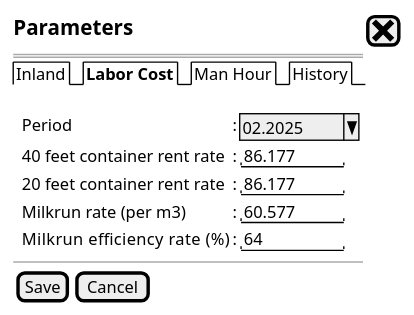
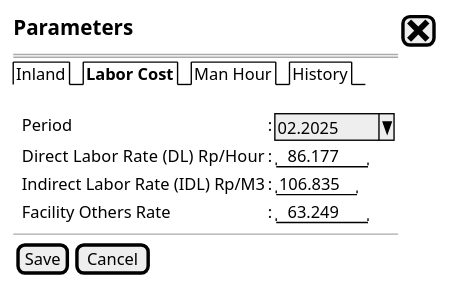
Before and after one commit to ari-fikri/packing-cost-mockup: the diagram in params/param_labor_cost.puml, drawn with PlantUML.

Commit message:
add labor cost param

```diff
--- a/params/param_labor_cost.puml
+++ b/params/param_labor_cost.puml
@@ -1,26 +1,25 @@
 @startsalt
 {
 <size:15><b>Parameters|[<size:25><&x>]|*
 ==
 {/ Inland |<b>Labor Cost | Man Hour | History}*
   
   .
-  {
-    .|Period                          |:|^ 02.2025 ^|*
-    .|40 feet container rent rate     |:|" 86.177  "|*
-    .|20 feet container rent rate     |:|" 86.177  "|*
-    .|Milkrun rate (per m3)           |:|" 60.577  "|*
-    .|Milkrun efficiency rate   (%)   |:|"  64     "|*
+    {
+    .|Period                           |:|^ 02.2025 ^|*
+    .|Direct Labor Rate (DL)  Rp/Hour  |:|"  86.177"|*
+    .|Indirect Labor Rate (IDL) Rp/M3  |:|"106.835" |*
+    .|Facility Others Rate             |:|"  63.249"|*
   }
   --
   {
     [Save]|[Cancel]
   }
 
 
 
 
 
 
 }
 @endsalt
```
